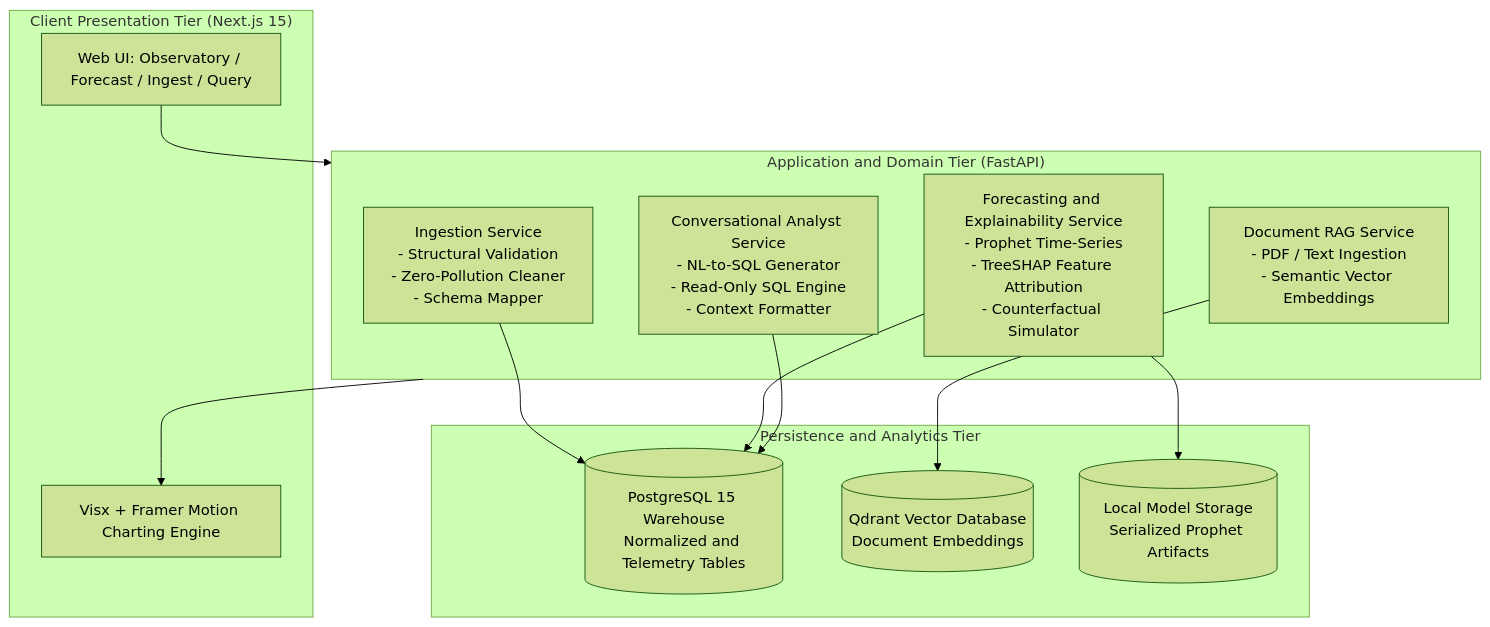
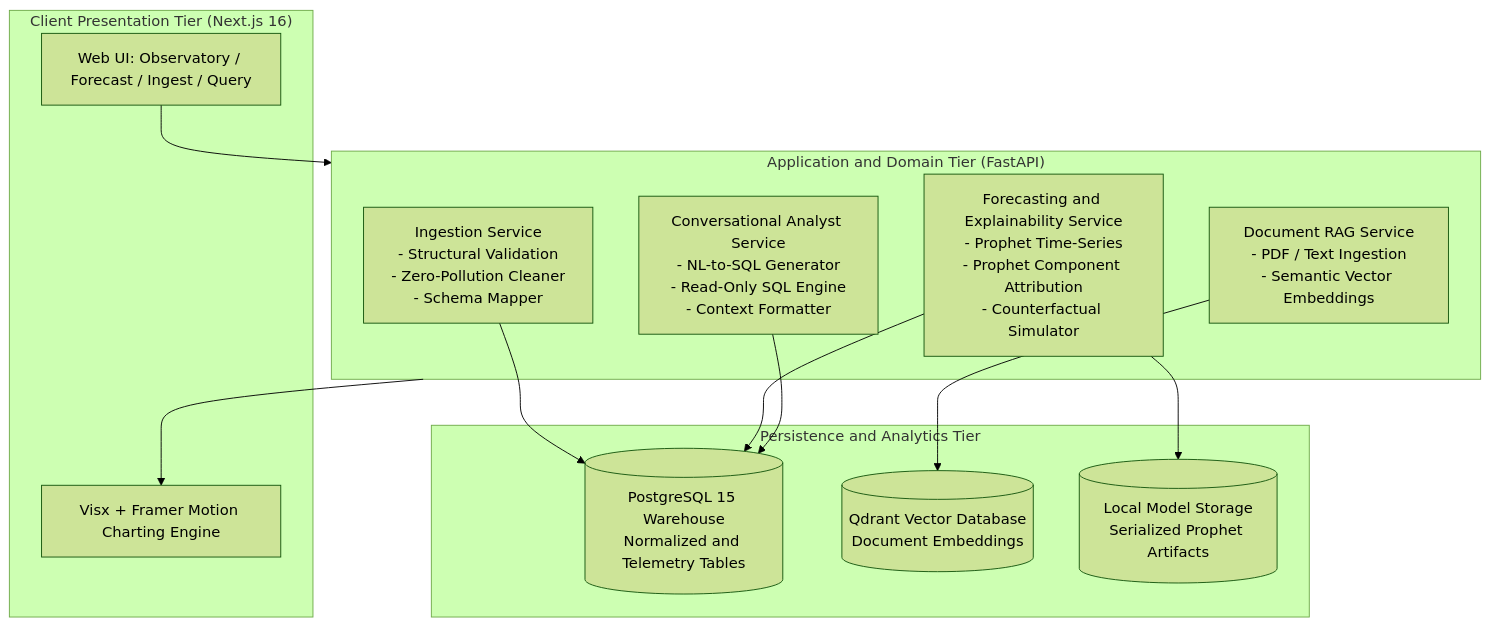
Before and after one commit to Jaiadhithya/Cogni_Twin: the diagram in README.md, drawn with Mermaid (forest theme). The commit also changed other lines of this file and 1 other file, not shown here.

````diff
--- a/README.md
+++ b/README.md
@@ -46,28 +46,28 @@
 ```mermaid
 flowchart TD
-    subgraph Client ["Client Presentation Tier (Next.js 15)"]
+    subgraph Client ["Client Presentation Tier (Next.js 16)"]
         UI["Web UI: Observatory / Forecast / Ingest / Query"]
         Visx["Visx + Framer Motion Charting Engine"]
     end
 
     subgraph API ["Application and Domain Tier (FastAPI)"]
         IngestSvc["Ingestion Service<br/>- Structural Validation<br/>- Zero-Pollution Cleaner<br/>- Schema Mapper"]
-        ForecastSvc["Forecasting and Explainability Service<br/>- Prophet Time-Series<br/>- TreeSHAP Feature Attribution<br/>- Counterfactual Simulator"]
+        ForecastSvc["Forecasting and Explainability Service<br/>- Prophet Time-Series<br/>- Prophet Component Attribution<br/>- Counterfactual Simulator"]
         QuerySvc["Conversational Analyst Service<br/>- NL-to-SQL Generator<br/>- Read-Only SQL Engine<br/>- Context Formatter"]
         RAGSvc["Document RAG Service<br/>- PDF / Text Ingestion<br/>- Semantic Vector Embeddings"]
     end
 
     subgraph Persistence ["Persistence and Analytics Tier"]
         PG[("PostgreSQL 15 Warehouse<br/>Normalized and Telemetry Tables")]
         Qdrant[("Qdrant Vector Database<br/>Document Embeddings")]
         MLStore[("Local Model Storage<br/>Serialized Prophet Artifacts")]
     end
 
     UI --> API
     IngestSvc --> PG
     ForecastSvc --> PG
     ForecastSvc --> MLStore
     QuerySvc --> PG
     RAGSvc --> Qdrant
     API --> Visx
 ```
````
